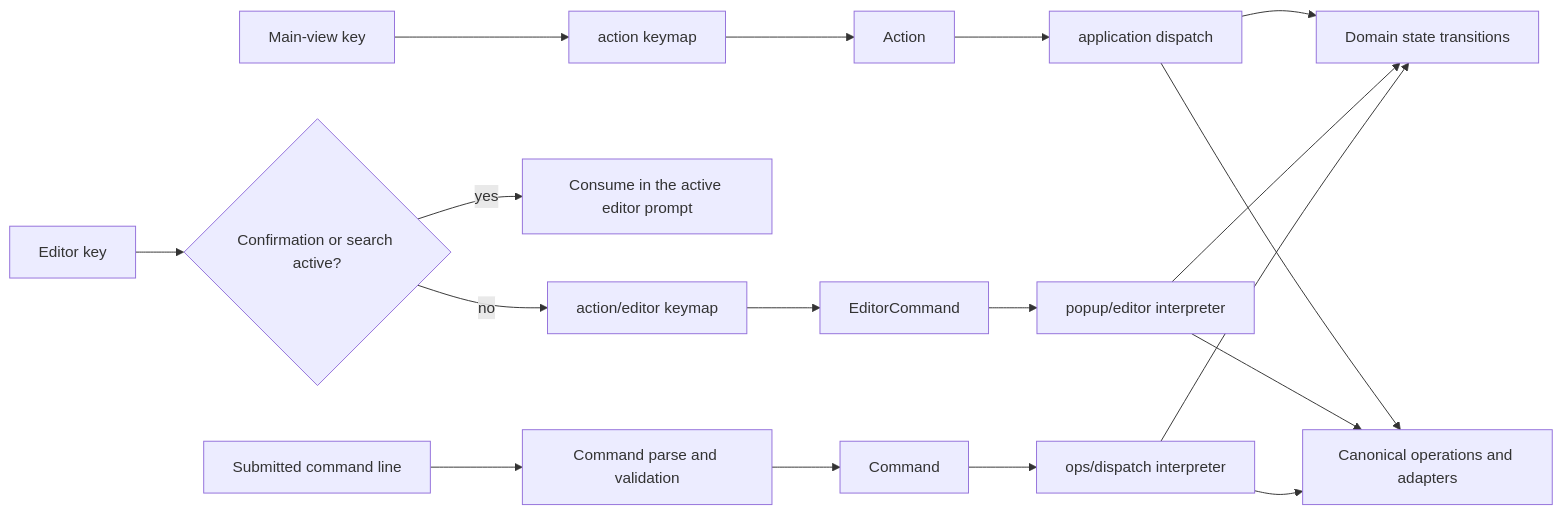
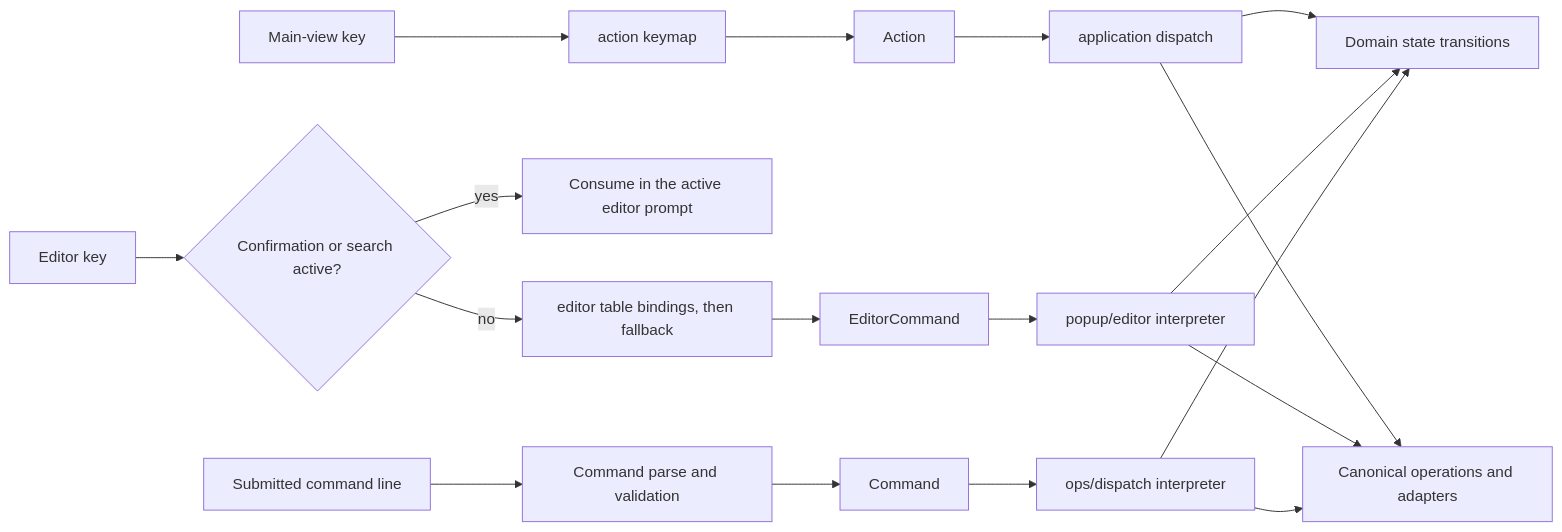
The third of 9 diagrams in docs/knowledge-base/02-architecture/system-architecture.md (stden/FunnyFileManager), drawn with Mermaid before and after one commit. The commit also changed other lines of this file and 256 other files, not shown here.

````diff
--- a/docs/knowledge-base/02-architecture/system-architecture.md
+++ b/docs/knowledge-base/02-architecture/system-architecture.md
@@ -121,20 +121,20 @@
 ```mermaid
 flowchart LR
     MainKeys[Main-view key] --> MainMap[action keymap]
     MainMap --> Action[Action]
     Action --> Dispatch[application dispatch]
     EditorKeys[Editor key] --> Priority{Confirmation or search active?}
     Priority -->|yes| Local[Consume in the active editor prompt]
-    Priority -->|no| EditorMap[action/editor keymap]
+    Priority -->|no| EditorMap["editor table bindings, then fallback"]
     EditorMap --> EditorCommand[EditorCommand]
     EditorCommand --> Executor[popup/editor interpreter]
     Text[Submitted command line] --> Parse[Command parse and validation]
     Parse --> Command[Command]
     Command --> CommandOps[ops/dispatch interpreter]
     Dispatch --> State[Domain state transitions]
     Executor --> State
     CommandOps --> State
     Dispatch --> Effects[Canonical operations and adapters]
     Executor --> Effects
     CommandOps --> Effects
 ```
````
